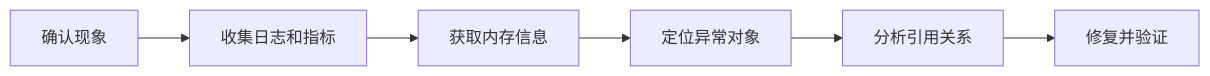
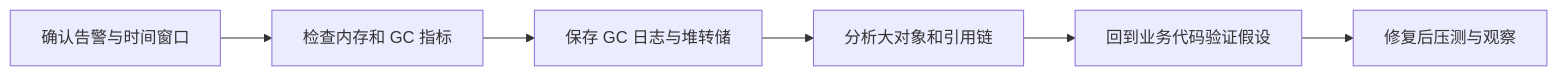
The second of 2 diagrams in docs/基础知识/JVM高频面试题.md (wuyoueeee/CS-Job-Guide), drawn with Mermaid before and after one commit. The commit also changed other lines of this file and 9 other files, not shown here.

````diff
--- a/docs/基础知识/JVM高频面试题.md
+++ b/docs/基础知识/JVM高频面试题.md
@@ -48,8 +118,8 @@
 ```mermaid
 flowchart LR
-    A[确认现象] --> B[收集日志和指标]
-    B --> C[获取内存信息]
-    C --> D[定位异常对象]
-    D --> E[分析引用关系]
-    E --> F[修复并验证]
+    A["确认告警与时间窗口"] --> B["检查内存和 GC 指标"]
+    B --> C["保存 GC 日志与堆转储"]
+    C --> D["分析大对象和引用链"]
+    D --> E["回到业务代码验证假设"]
+    E --> F["修复后压测与观察"]
 ```
````
